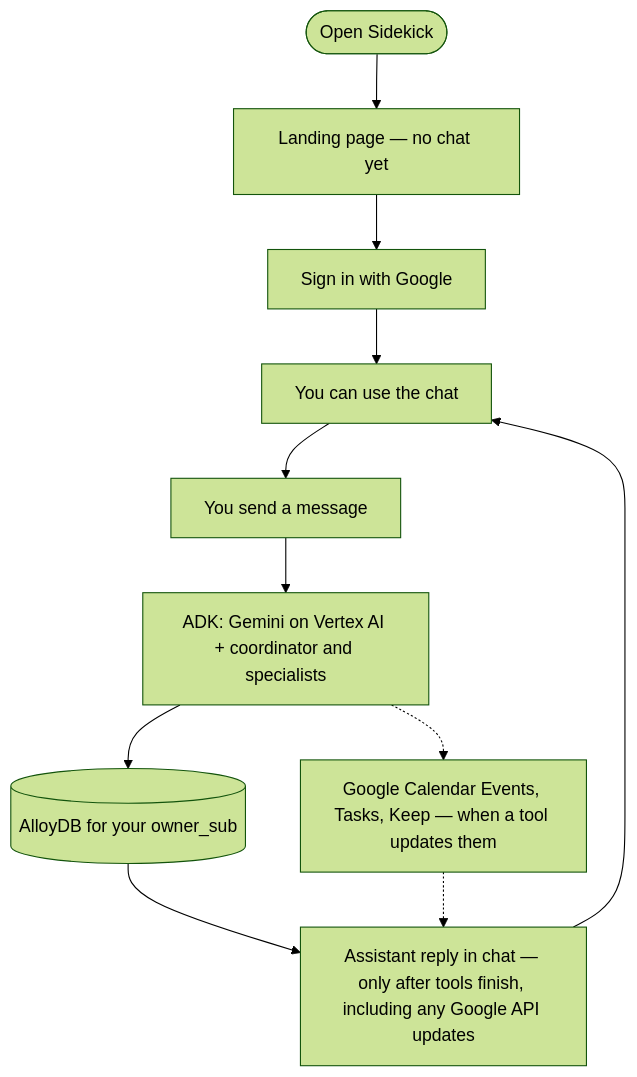
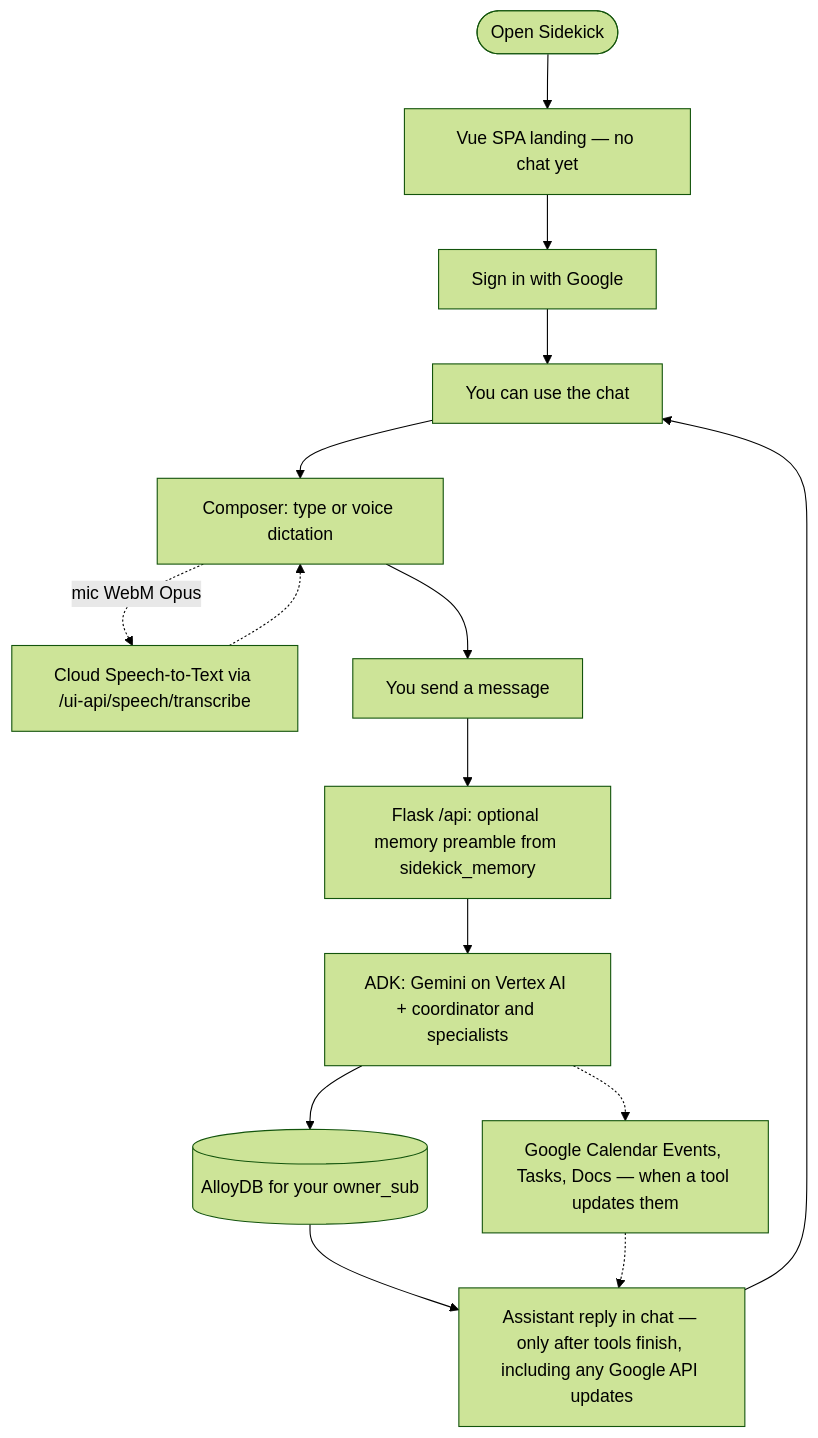
The sixth of 10 diagrams in README.md (bolleyboll/h2s-google-genai-apac-cohort1-final), drawn with Mermaid (forest theme) before and after one commit. The commit also changed other lines of this file and 70 other files, not shown here.

````diff
--- a/README.md
+++ b/README.md
@@ -290,13 +311,17 @@
 ```mermaid
 flowchart TD
-  A([Open Sidekick]) --> B[Landing page — no chat yet]
+  A([Open Sidekick]) --> B[Vue SPA landing — no chat yet]
   B --> C[Sign in with Google]
   C --> D[You can use the chat]
-  D --> E[You send a message]
-  E --> F[ADK: Gemini on Vertex AI + coordinator and specialists]
+  D --> Cmp[Composer: type or voice dictation]
+  Cmp -.->|mic WebM Opus| Stt[Cloud Speech-to-Text via /ui-api/speech/transcribe]
+  Stt -.-> Cmp
+  Cmp --> E[You send a message]
+  E --> Px[Flask /api: optional memory preamble from sidekick_memory]
+  Px --> F[ADK: Gemini on Vertex AI + coordinator and specialists]
   F --> DB[(AlloyDB for your owner_sub)]
-  F -.-> APIs[Google Calendar Events, Tasks, Keep — when a tool updates them]
+  F -.-> APIs[Google Calendar Events, Tasks, Docs — when a tool updates them]
   DB --> R[Assistant reply in chat — only after tools finish, including any Google API updates]
   APIs -.-> R
   R --> D
 ```
````
